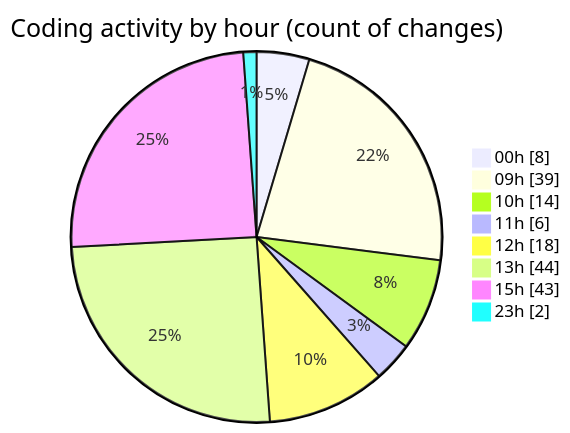
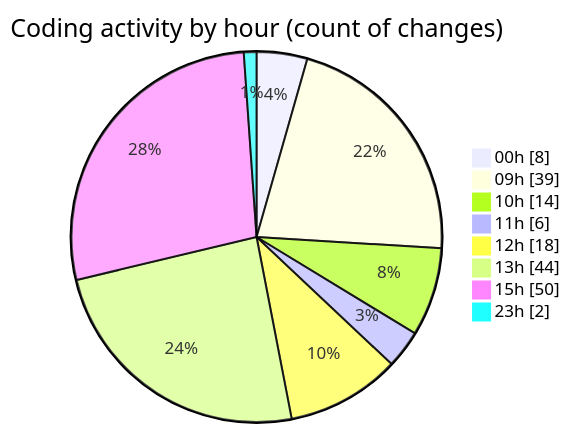
Before and after one commit to momahboobian/code-tracking: the second of 2 diagrams in 2025-12-18/cda/README.md, drawn with Mermaid. The commit also changed other lines of this file and 1 other file, not shown here.

````diff
--- a/2025-12-18/cda/README.md
+++ b/2025-12-18/cda/README.md
@@ -93,12 +99,12 @@
 ```mermaid
 pie showData
 title Coding activity by hour (count of changes)
 "00h" : 8
 "09h" : 39
 "10h" : 14
 "11h" : 6
 "12h" : 18
 "13h" : 44
-"15h" : 43
+"15h" : 50
 "23h" : 2
 ```
````
